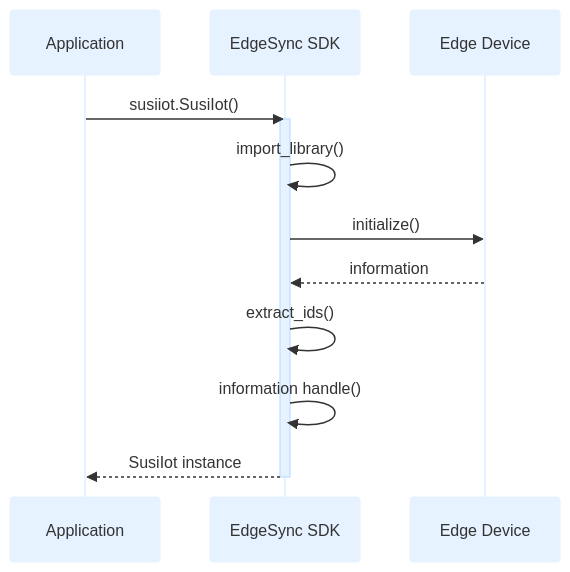
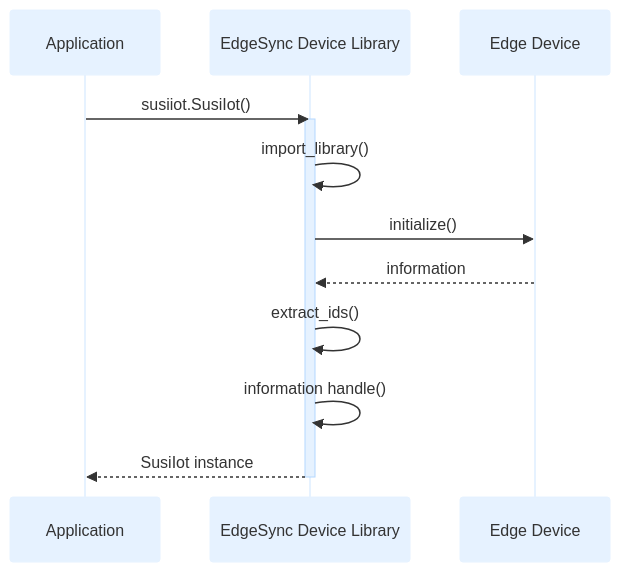
The third of 4 diagrams in EdgeSync/library/Architecture.md (kkman021/LearnPortal), drawn with Mermaid before and after one commit. The commit also changed other lines of this file and 2 other files, not shown here.

````diff
--- a/EdgeSync/library/Architecture.md
+++ b/EdgeSync/library/Architecture.md
@@ -72,17 +76,17 @@
 ```mermaid
 %%{init: {'theme': 'base', 'themeVariables': { 'primaryColor': '#e6f2ff', 'primaryBorderColor': '#e6f2ff', 'secondaryColor': '#e6f2ff'}}}%%
 sequenceDiagram
     participant App as Application
-    participant SDK as EdgeSync SDK
+    participant SDK as EdgeSync Device Library
     participant Hardware as Edge Device
 
     App->>SDK: susiiot.SusiIot()
     activate SDK
     SDK->>SDK: import_library()
     SDK->>Hardware: initialize()
     Hardware-->>SDK: information 
     SDK->>SDK: extract_ids()
     SDK->>SDK: information handle()
     SDK-->>App: SusiIot instance
     deactivate SDK
 ```
````
